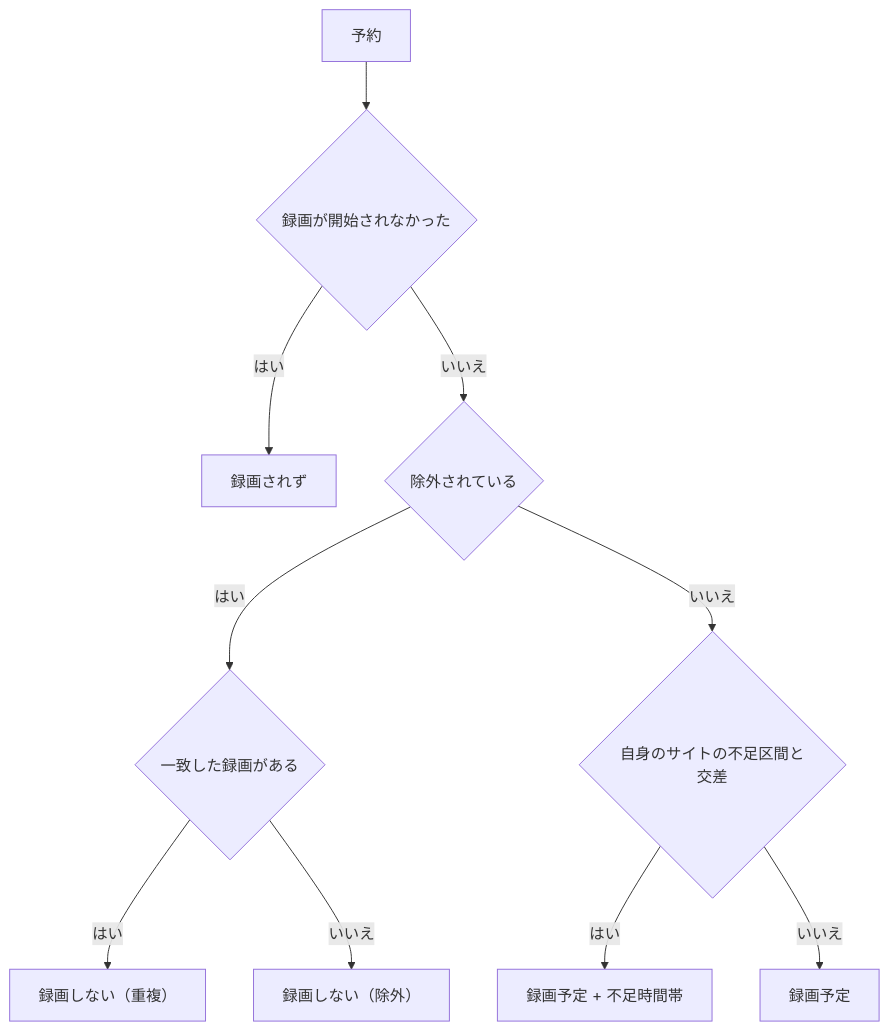
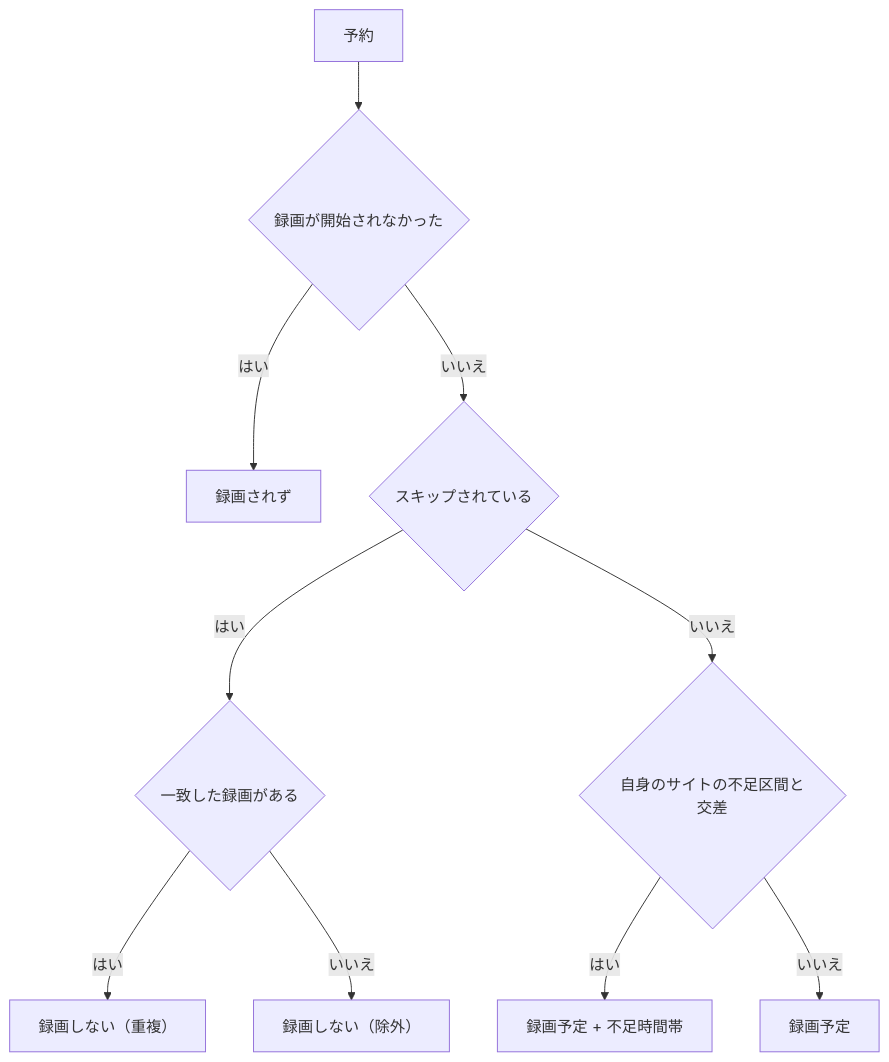
One commit to fetburner/rokuban changed the third of 3 diagrams in docs/frontend/reservations.md. Above: the diagram before and after it, drawn with Mermaid. The commit also changed other lines of this file and 8 other files, not shown here.

````diff
--- a/docs/frontend/reservations.md
+++ b/docs/frontend/reservations.md
@@ -398,12 +399,12 @@
 ```mermaid
 flowchart TD
   A["予約"] --> B{"録画が開始されなかった"}
   B -->|はい| N["録画されず"]
-  B -->|いいえ| C{"除外されている"}
+  B -->|いいえ| C{"スキップされている"}
   C -->|はい| D{"一致した録画がある"}
   D -->|はい| E["録画しない（重複）"]
   D -->|いいえ| F["録画しない（除外）"]
   C -->|いいえ| G{"自身のサイトの不足区間と交差"}
   G -->|はい| H["録画予定 + 不足時間帯"]
   G -->|いいえ| I["録画予定"]
 ```
````
